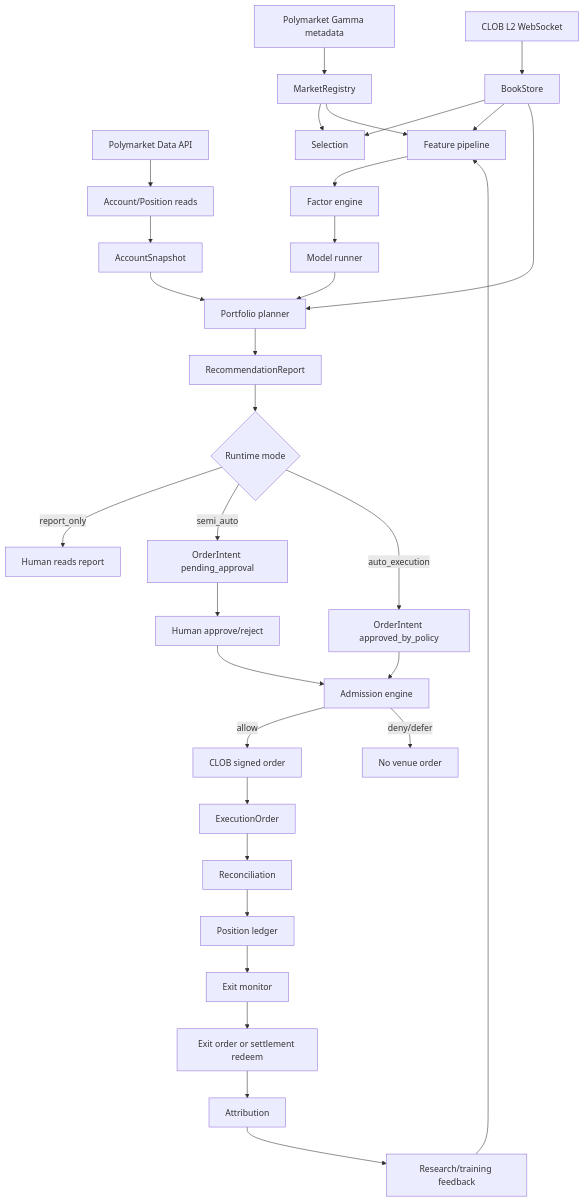
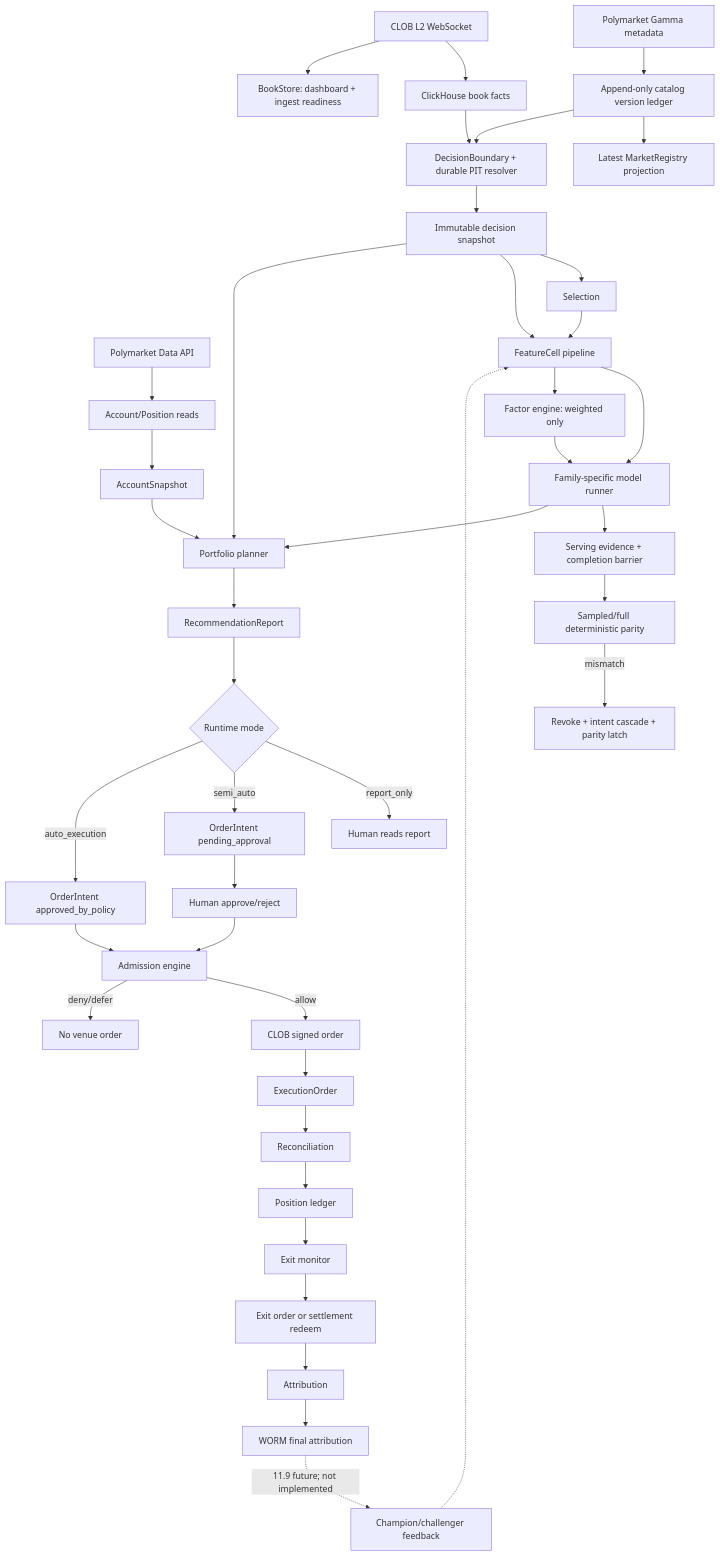
One commit to solomon-ssy/oxide-arb changed the first of 12 diagrams in docs/operations/architecture-and-design.md. Above: the diagram before and after it, drawn with Mermaid. The commit also changed other lines of this file and 463 other files, not shown here.

Commit message:
feat(core,research,models,repository,web,docs): ⚖️ Phase 11.6 — durable training-serving parity, feature integrity gates, and no-silent-zero serving

````diff
--- a/docs/operations/architecture-and-design.md
+++ b/docs/operations/architecture-and-design.md
@@ -23,34 +23,43 @@
 ```mermaid
 flowchart TD
-    A["Polymarket Gamma metadata"] --> B["MarketRegistry"]
-    C["CLOB L2 WebSocket"] --> D["BookStore"]
-    E["Polymarket Data API"] --> F["Account/Position reads"]
-    B --> G["Selection"]
-    D --> G
-    D --> H["Feature pipeline"]
-    B --> H
-    H --> I["Factor engine"]
-    I --> J["Model runner"]
+    A["Polymarket Gamma metadata"] --> B["Append-only catalog version ledger"]
+    B --> BP["Latest MarketRegistry projection"]
+    C["CLOB L2 WebSocket"] --> D["ClickHouse book facts"]
+    C --> BS["BookStore: dashboard + ingest readiness"]
+    DATA["Polymarket Data API"] --> F["Account/Position reads"]
+    B --> PIT["DecisionBoundary + durable PIT resolver"]
+    D --> PIT
+    PIT --> SNAP["Immutable decision snapshot"]
+    SNAP --> G["Selection"]
+    SNAP --> H["FeatureCell pipeline"]
+    G --> H
+    H --> J["Family-specific model runner"]
+    H --> I["Factor engine: weighted only"]
+    I --> J
+    J --> EV["Serving evidence + completion barrier"]
+    EV --> PAR["Sampled/full deterministic parity"]
+    PAR -->|"mismatch"| LATCH["Revoke + intent cascade + parity latch"]
     F --> K["AccountSnapshot"]
     J --> L["Portfolio planner"]
     K --> L
-    D --> L
+    SNAP --> L
     L --> M["RecommendationReport"]
     M --> N{"Runtime mode"}
     N -->|"report_only"| O["Human reads report"]
     N -->|"semi_auto"| P["OrderIntent pending_approval"]
     N -->|"auto_execution"| Q["OrderIntent approved_by_policy"]
     P --> R["Human approve/reject"]
     R --> S["Admission engine"]
     Q --> S
     S -->|"allow"| T["CLOB signed order"]
     S -->|"deny/defer"| U["No venue order"]
     T --> V["ExecutionOrder"]
     V --> W["Reconciliation"]
     W --> X["Position ledger"]
     X --> Y["Exit monitor"]
     Y --> Z["Exit order or settlement redeem"]
     Z --> AA["Attribution"]
-    AA --> AB["Research/training feedback"]
-    AB --> H
+    AA --> WORM["WORM final attribution"]
+    WORM -.->|"11.9 future; not implemented"| AB["Champion/challenger feedback"]
+    AB -.-> H
 ```
````
